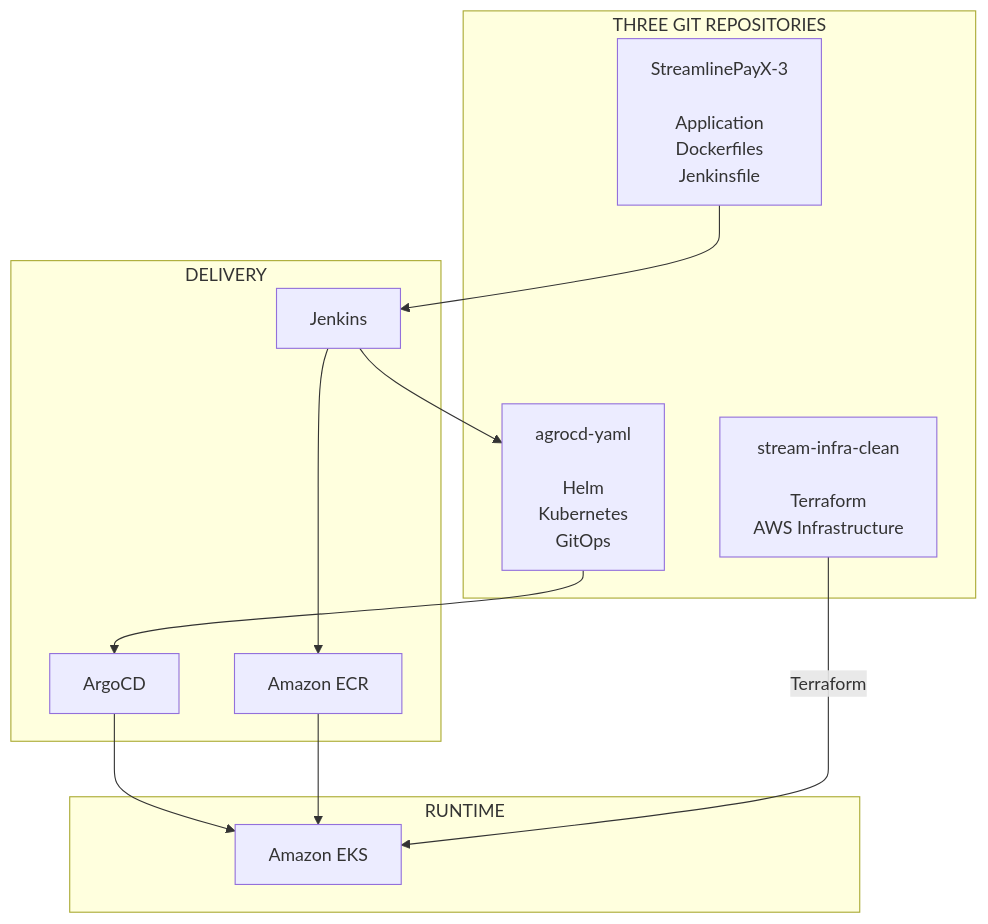
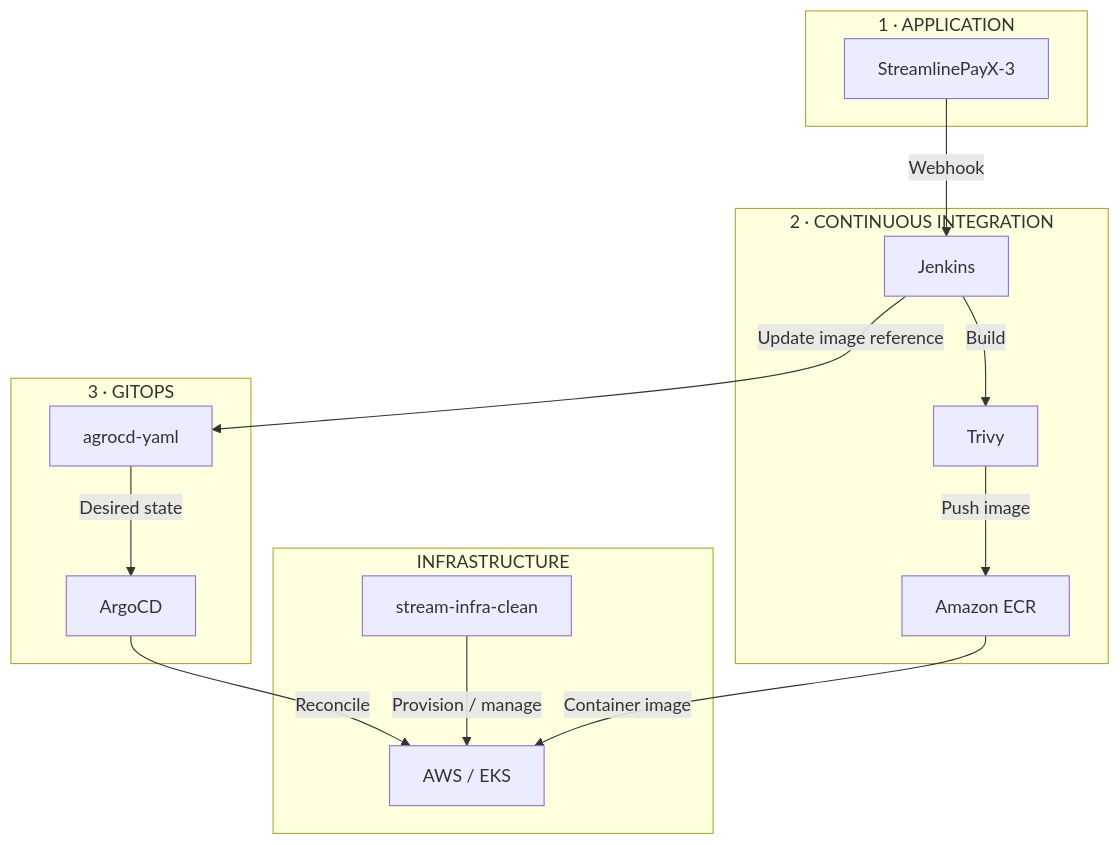
One commit to maxiemoses-eu/StreamlinePayX-3 changed the second of 2 diagrams in README.md. Above: the diagram before and after it, drawn with Mermaid. The commit also changed other lines of this file, not shown here.

````diff
--- a/README.md
+++ b/README.md
@@ -232,38 +86,34 @@
 ```mermaid
 flowchart TB
 
-    subgraph REPOS["THREE GIT REPOSITORIES"]
-
-        APP["StreamlinePayX-3<br/><br/>Application<br/>Dockerfiles<br/>Jenkinsfile"]
-
-        INFRA["stream-infra-clean<br/><br/>Terraform<br/>AWS Infrastructure"]
-
-        GITOPS["agrocd-yaml<br/><br/>Helm<br/>Kubernetes<br/>GitOps"]
-
+    subgraph APPLICATION["1 · APPLICATION"]
+        APP["StreamlinePayX-3"]
     end
 
-    subgraph DELIVERY["DELIVERY"]
-
+    subgraph CI["2 · CONTINUOUS INTEGRATION"]
         JENKINS["Jenkins"]
-
+        TRIVY["Trivy"]
         ECR["Amazon ECR"]
-
-        ARGO["ArgoCD"]
-
     end
 
-    subgraph RUNTIME["RUNTIME"]
-
-        EKS["Amazon EKS"]
-
+    subgraph GITOPS["3 · GITOPS"]
+        REPO["agrocd-yaml"]
+        ARGO["ArgoCD"]
     end
 
-    APP --> JENKINS
-    JENKINS --> ECR
-    JENKINS --> GITOPS
-    GITOPS --> ARGO
-    ARGO --> EKS
-    ECR --> EKS
+    subgraph INFRA["INFRASTRUCTURE"]
+        TF["stream-infra-clean"]
+        AWS["AWS / EKS"]
+    end
 
-    INFRA -->|"Terraform"| EKS
+    APP -->|"Webhook"| JENKINS
+    JENKINS -->|"Build"| TRIVY
+    TRIVY -->|"Push image"| ECR
+
+    JENKINS -->|"Update image reference"| REPO
+    REPO -->|"Desired state"| ARGO
+    ARGO -->|"Reconcile"| AWS
+
+    TF -->|"Provision / manage"| AWS
+    ECR -->|"Container image"| AWS
 ```
````
